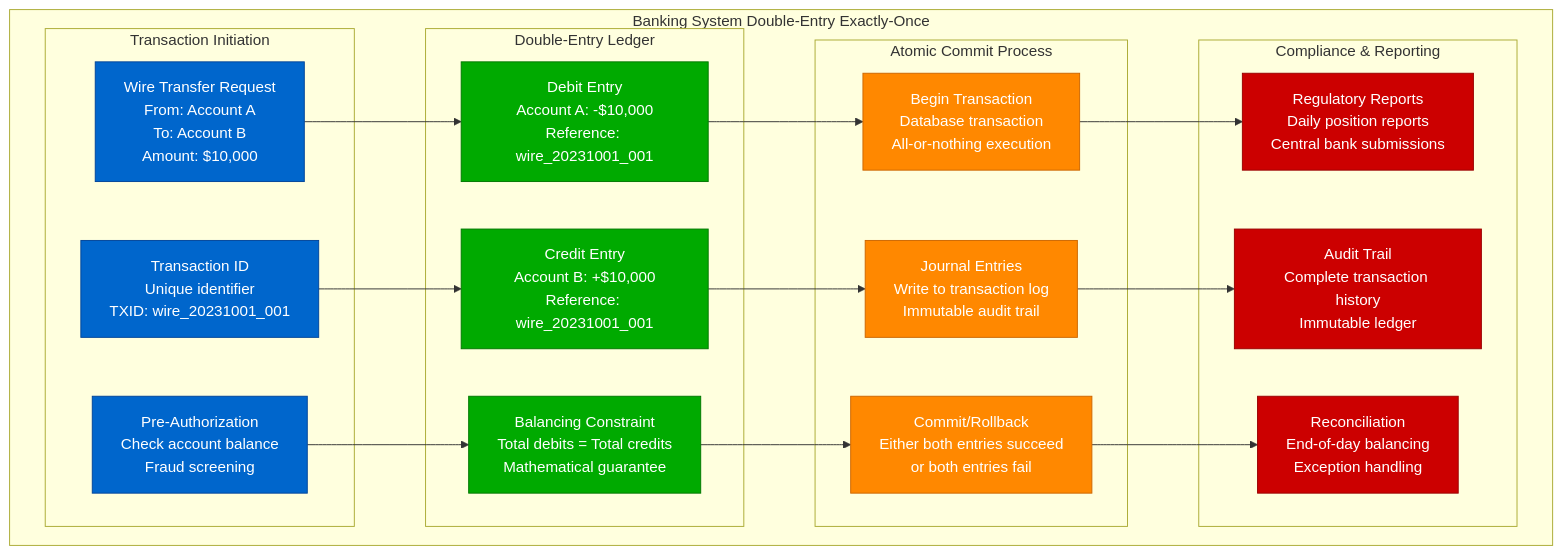
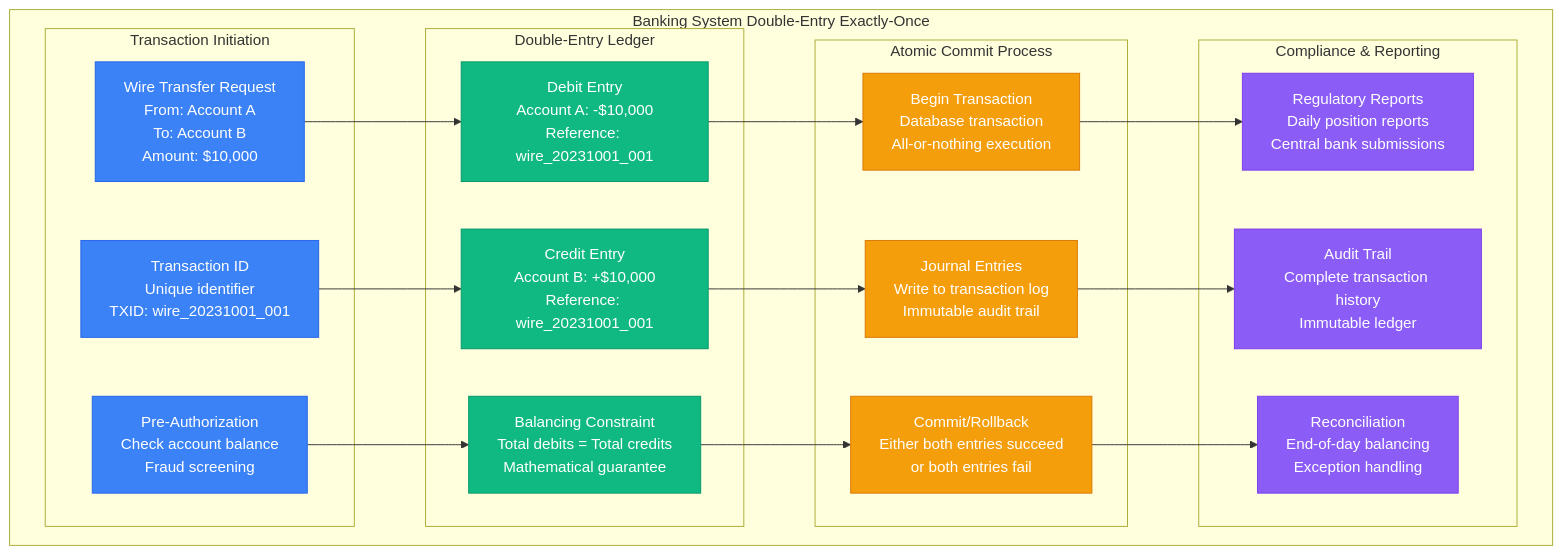
The third of 9 diagrams in site/docs/guarantees/exactly-once/exactly-once-payment.md (deepaucksharma/DS), drawn with Mermaid before and after one commit. The commit also changed other lines of this file and 303 other files, not shown here.

````diff
--- a/site/docs/guarantees/exactly-once/exactly-once-payment.md
+++ b/site/docs/guarantees/exactly-once/exactly-once-payment.md
@@ -118,50 +118,50 @@
 ```mermaid
 graph TB
     subgraph BankingSystem[Banking System Double-Entry Exactly-Once]
         subgraph TransactionInitiation[Transaction Initiation]
             TI1[Wire Transfer Request<br/>From: Account A<br/>To: Account B<br/>Amount: $10,000]
             TI2[Transaction ID<br/>Unique identifier<br/>TXID: wire_20231001_001]
             TI3[Pre-Authorization<br/>Check account balance<br/>Fraud screening]
         end
 
         subgraph DoubleEntryLedger[Double-Entry Ledger]
             DEL1[Debit Entry<br/>Account A: -$10,000<br/>Reference: wire_20231001_001]
             DEL2[Credit Entry<br/>Account B: +$10,000<br/>Reference: wire_20231001_001]
             DEL3[Balancing Constraint<br/>Total debits = Total credits<br/>Mathematical guarantee]
         end
 
         subgraph AtomicCommit[Atomic Commit Process]
             AC1[Begin Transaction<br/>Database transaction<br/>All-or-nothing execution]
             AC2[Journal Entries<br/>Write to transaction log<br/>Immutable audit trail]
             AC3[Commit/Rollback<br/>Either both entries succeed<br/>or both entries fail]
         end
 
         subgraph ComplianceReporting[Compliance & Reporting]
             CR1[Regulatory Reports<br/>Daily position reports<br/>Central bank submissions]
             CR2[Audit Trail<br/>Complete transaction history<br/>Immutable ledger]
             CR3[Reconciliation<br/>End-of-day balancing<br/>Exception handling]
         end
     end
 
     TI1 --> DEL1
     TI2 --> DEL2
     TI3 --> DEL3
 
     DEL1 --> AC1
     DEL2 --> AC2
     DEL3 --> AC3
 
     AC1 --> CR1
     AC2 --> CR2
     AC3 --> CR3
 
-    classDef initiationStyle fill:#0066CC,stroke:#004499,color:#fff
-    classDef ledgerStyle fill:#00AA00,stroke:#007700,color:#fff
-    classDef commitStyle fill:#FF8800,stroke:#CC6600,color:#fff
-    classDef complianceStyle fill:#CC0000,stroke:#990000,color:#fff
+    classDef initiationStyle fill:#3B82F6,stroke:#2563EB,color:#fff
+    classDef ledgerStyle fill:#10B981,stroke:#059669,color:#fff
+    classDef commitStyle fill:#F59E0B,stroke:#D97706,color:#fff
+    classDef complianceStyle fill:#8B5CF6,stroke:#7C3AED,color:#fff
 
     class TI1,TI2,TI3 initiationStyle
     class DEL1,DEL2,DEL3 ledgerStyle
     class AC1,AC2,AC3 commitStyle
     class CR1,CR2,CR3 complianceStyle
 ```
````
